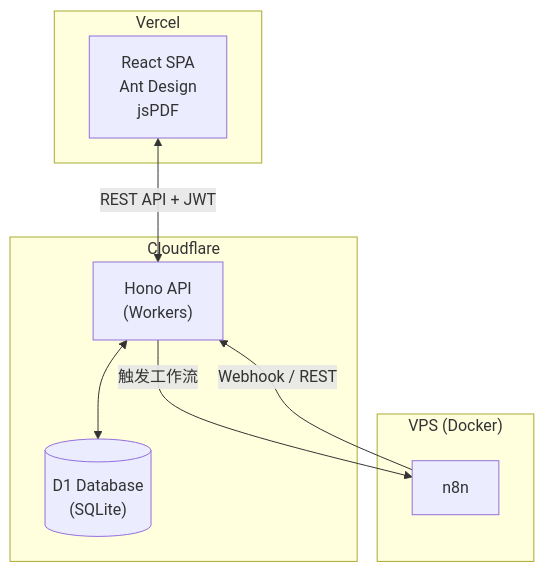
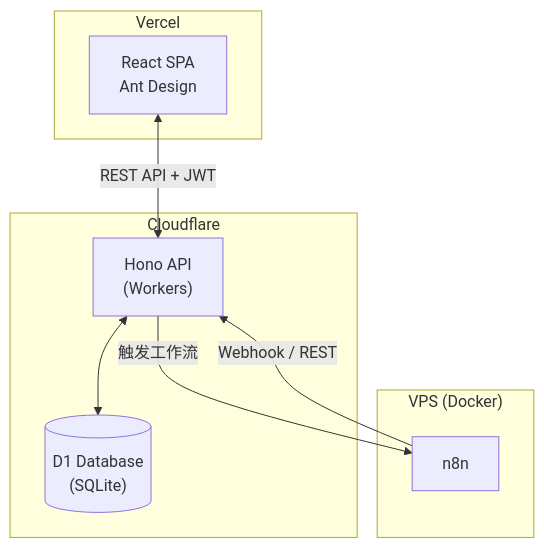
Before and after one commit to xingkaijun/nbins: the third of 6 diagrams in docs/architecture.md, drawn with Mermaid. The commit also changed other lines of this file and 3 other files, not shown here.

Commit message:
docs: align NBINS v6 architecture and workflow decisions

````diff
--- a/docs/architecture.md
+++ b/docs/architecture.md
@@ -112,20 +113,20 @@
 ```mermaid
 graph TB
     subgraph "Vercel"
-        FE["React SPA<br/>Ant Design<br/>jsPDF"]
+        FE["React SPA<br/>Ant Design"]
     end
 
     subgraph "Cloudflare"
         API["Hono API<br/>(Workers)"]
         DB[("D1 Database<br/>(SQLite)")]
         API <--> DB
     end
 
     subgraph "VPS (Docker)"
         N8N["n8n"]
     end
 
     FE <-->|"REST API + JWT"| API
     N8N -->|"Webhook / REST"| API
     API -->|"触发工作流"| N8N
 ```
````
